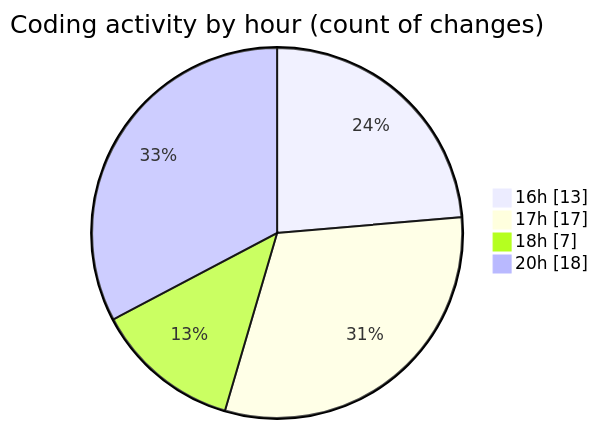
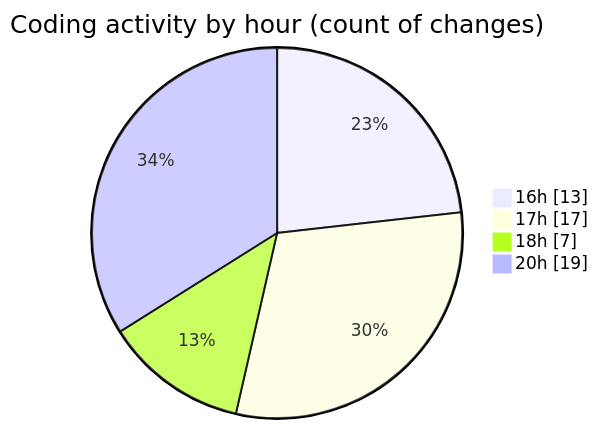
One commit to robertbonfada/code-tracking changed the second of 2 diagrams in 2025-05-20/mbc-web/README.md. Above: the diagram before and after it, drawn with Mermaid. The commit also changed other lines of this file and 1 other file, not shown here.

````diff
--- a/2025-05-20/mbc-web/README.md
+++ b/2025-05-20/mbc-web/README.md
@@ -36,8 +36,8 @@
 ```mermaid
 pie showData
 title Coding activity by hour (count of changes)
 "16h" : 13
 "17h" : 17
 "18h" : 7
-"20h" : 18
+"20h" : 19
 ```
````
